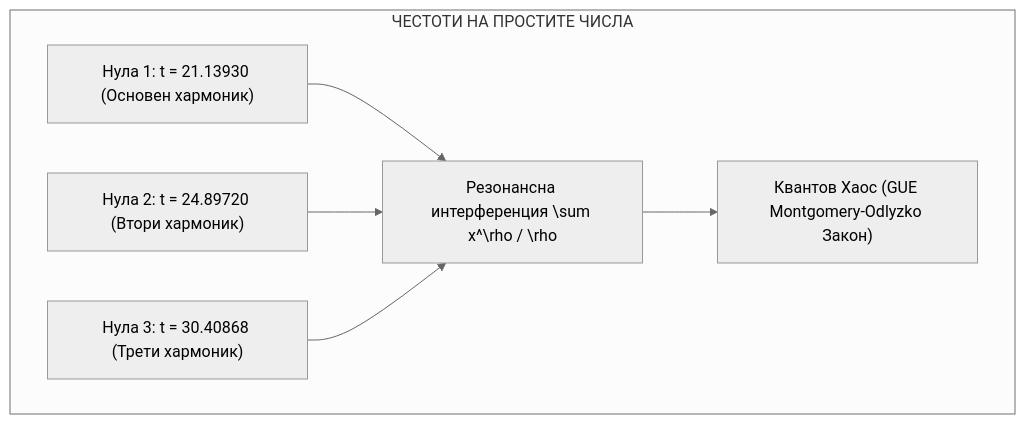
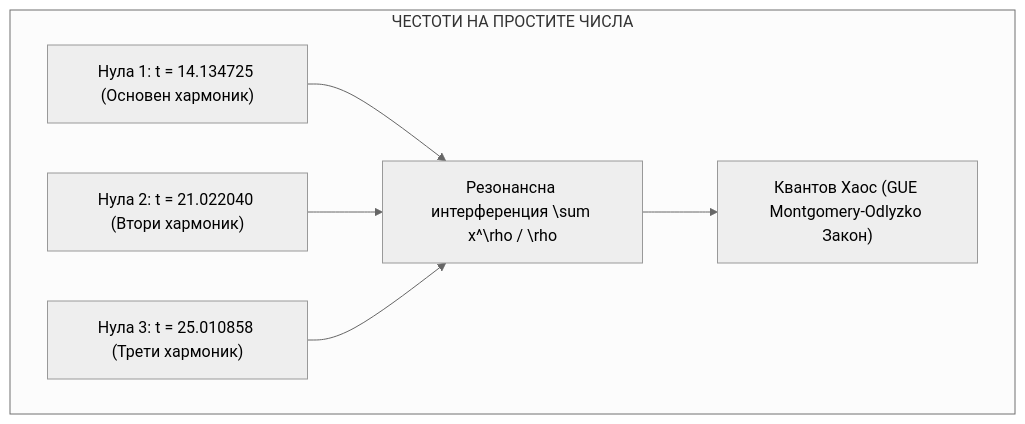
One commit to papica777-eng/AETERNA-MILLENNIUM-SINGULARITY changed the fourth of 4 diagrams in 00_RIEMANN_HYPOTHESIS/RIEMANN_HYPOTHESIS_MASTER_DOSSIER.md. Above: the diagram before and after it, drawn with Mermaid (neutral theme). The commit also changed other lines of this file and 26 other files, not shown here.

````diff
--- a/00_RIEMANN_HYPOTHESIS/RIEMANN_HYPOTHESIS_MASTER_DOSSIER.md
+++ b/00_RIEMANN_HYPOTHESIS/RIEMANN_HYPOTHESIS_MASTER_DOSSIER.md
@@ -105,13 +105,13 @@
 ```mermaid
 graph TD
     subgraph PRIME_HARMONICS ["ЧЕСТОТИ НА ПРОСТИТЕ ЧИСЛА"]
-        Z1["Нула 1: t = 21.13930 (Основен хармоник)"]
-        Z2["Нула 2: t = 24.89720 (Втори хармоник)"]
-        Z3["Нула 3: t = 30.40868 (Трети хармоник)"]
+        Z1["Нула 1: t = 14.134725 (Основен хармоник)"]
+        Z2["Нула 2: t = 21.022040 (Втори хармоник)"]
+        Z3["Нула 3: t = 25.010858 (Трети хармоник)"]
         
         Z1 --> OSC["Резонансна интерференция \sum x^\rho / \rho"]
         Z2 --> OSC
         Z3 --> OSC
         OSC --> QUANTUM["Квантов Хаос (GUE Montgomery-Odlyzko Закон)"]
     end
 ```
````
